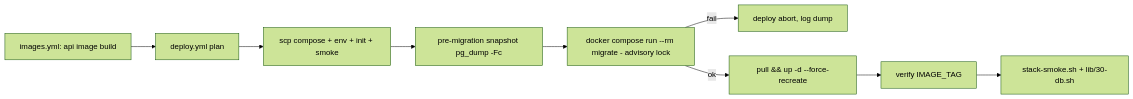
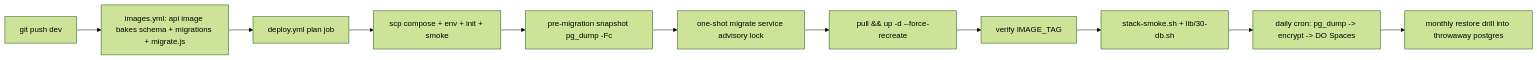
The diagram in docs/plans/2026-10-16-database-migrations-backup-plan.md (zakzag/ai-sztens-dev), drawn with Mermaid (forest theme) before and after one commit. The commit also changed other lines of this file and 85 other files, not shown here.

````diff
--- a/docs/plans/2026-10-16-database-migrations-backup-plan.md
+++ b/docs/plans/2026-10-16-database-migrations-backup-plan.md
@@ -95,11 +42,13 @@
 ```mermaid
 flowchart LR
-    A[images.yml: api image build] --> B[deploy.yml plan]
-    B --> C[scp compose + env + init + smoke]
-    C --> D[pre-migration snapshot pg_dump -Fc]
-    D --> E[docker compose run --rm migrate - advisory lock]
-    E -- fail --> X[deploy abort, log dump]
-    E -- ok --> F[pull && up -d --force-recreate]
-    F --> G[verify IMAGE_TAG]
-    G --> H[stack-smoke.sh + lib/30-db.sh]
+    A[git push dev] --> B[images.yml: api image bakes schema + migrations + migrate.js]
+    B --> C[deploy.yml plan job]
+    C --> D[scp compose + env + init + smoke]
+    D --> E[pre-migration snapshot pg_dump -Fc]
+    E --> F[one-shot migrate service advisory lock]
+    F --> G[pull && up -d --force-recreate]
+    G --> H[verify IMAGE_TAG]
+    H --> I[stack-smoke.sh + lib/30-db.sh]
+    I --> J[daily cron: pg_dump -> encrypt -> DO Spaces]
+    J --> K[monthly restore drill into throwaway postgres]
 ```
````
